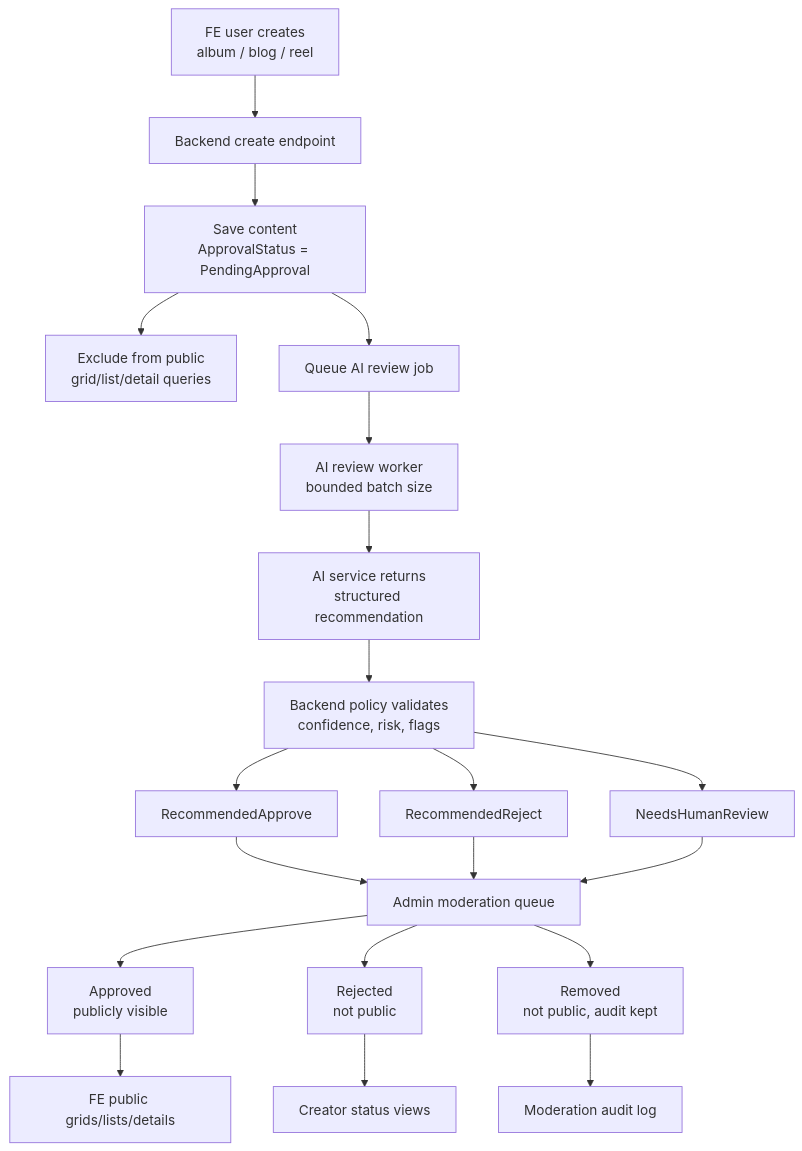
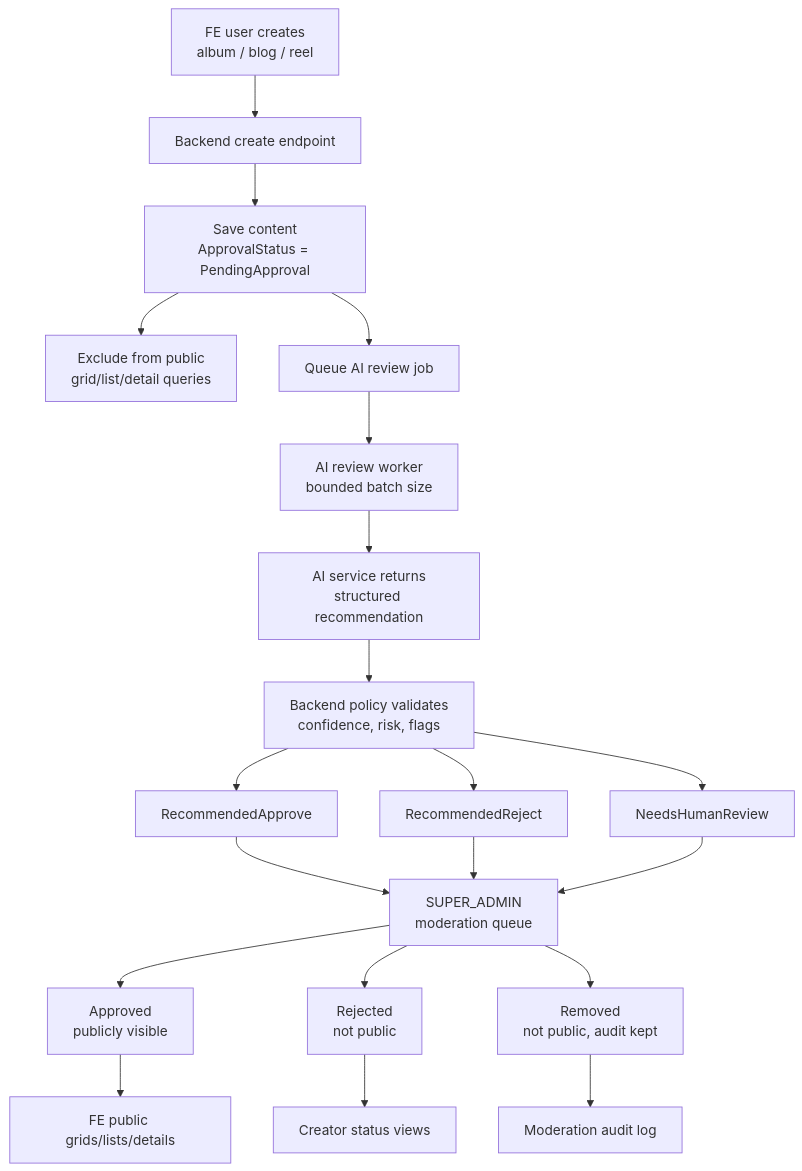
One commit to 01laky/mfai_demo changed the diagram in docs/guides/ai-assisted-content-approval.md. Above: the diagram before and after it, drawn with Mermaid. The commit also changed other lines of this file and 2 other files, not shown here.

````diff
--- a/docs/guides/ai-assisted-content-approval.md
+++ b/docs/guides/ai-assisted-content-approval.md
@@ -66,27 +81,27 @@
 ```mermaid
 flowchart TD
     user["FE user creates<br/>album / blog / reel"] --> create["Backend create endpoint"]
     create --> pending["Save content<br/>ApprovalStatus = PendingApproval"]
     pending --> hidden["Exclude from public<br/>grid/list/detail queries"]
     pending --> queue["Queue AI review job"]
 
     queue --> worker["AI review worker<br/>bounded batch size"]
     worker --> ai["AI service returns<br/>structured recommendation"]
     ai --> policy["Backend policy validates<br/>confidence, risk, flags"]
 
     policy --> approveRec["RecommendedApprove"]
     policy --> rejectRec["RecommendedReject"]
     policy --> human["NeedsHumanReview"]
 
-    approveRec --> admin["Admin moderation queue"]
+    approveRec --> admin["SUPER_ADMIN<br/>moderation queue"]
     rejectRec --> admin
     human --> admin
 
     admin --> approved["Approved<br/>publicly visible"]
     admin --> rejected["Rejected<br/>not public"]
     admin --> removed["Removed<br/>not public, audit kept"]
 
     approved --> publicViews["FE public grids/lists/details"]
     rejected --> creatorViews["Creator status views"]
     removed --> audit["Moderation audit log"]
 ```
````
